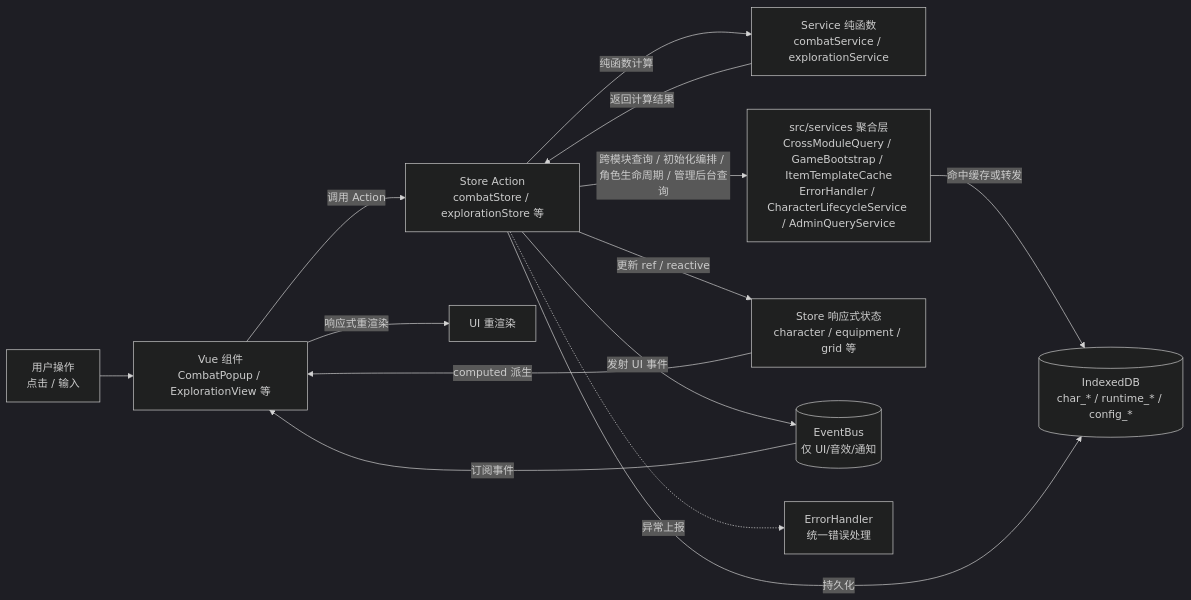
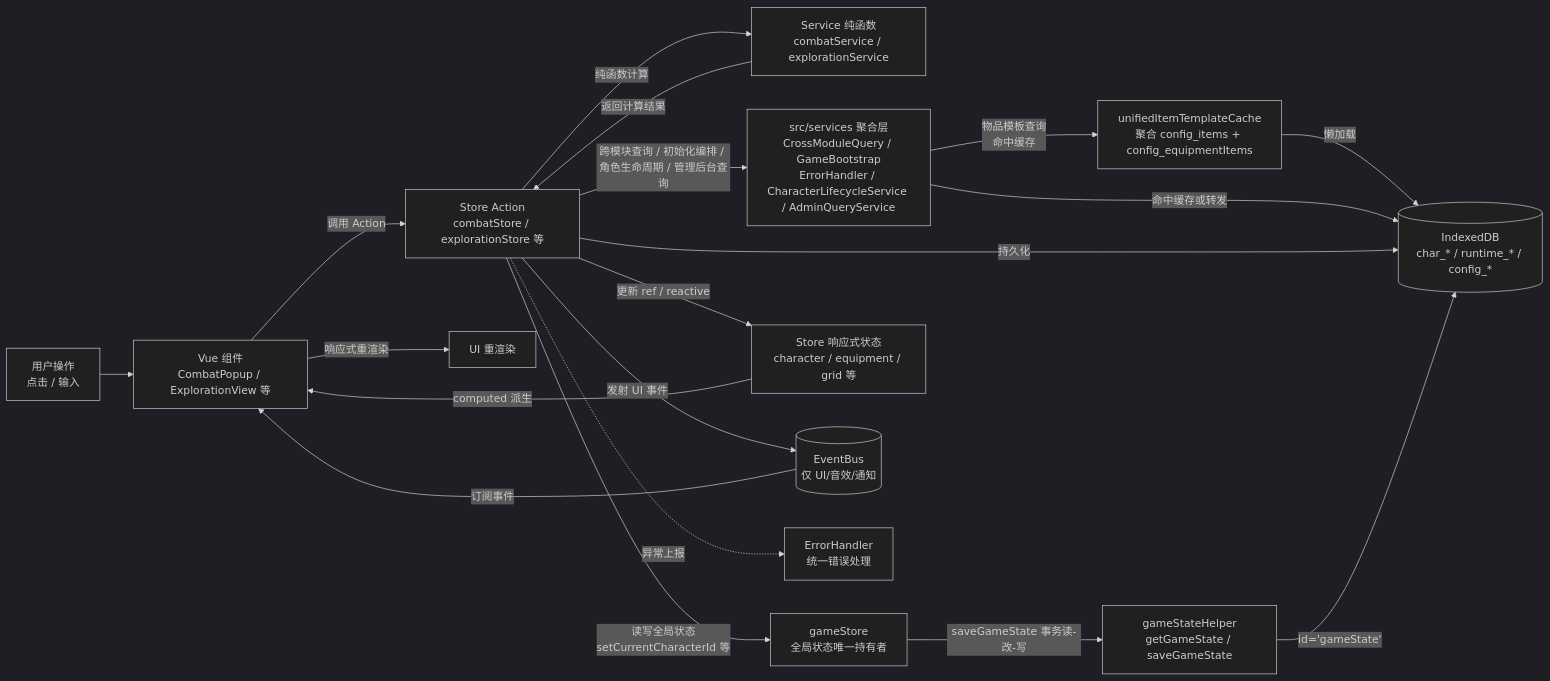
The first of 18 diagrams in doc/project/DATA_FLOW.md (SonDemigods/wow_dnd), drawn with Mermaid (dark theme) before and after one commit. The commit also changed other lines of this file and 55 other files, not shown here.

````diff
--- a/doc/project/DATA_FLOW.md
+++ b/doc/project/DATA_FLOW.md
@@ -28,17 +28,22 @@
 ```mermaid
 flowchart LR
     %% 全局数据流向：用户操作 → UI 重渲染
     User[用户操作<br/>点击 / 输入] --> Component[Vue 组件<br/>CombatPopup / ExplorationView 等]
     Component -->|调用 Action| StoreAction[Store Action<br/>combatStore / explorationStore 等]
     StoreAction -->|纯函数计算| Service[Service 纯函数<br/>combatService / explorationService]
     Service -->|返回计算结果| StoreAction
-    StoreAction -->|跨模块查询 / 初始化编排 / 角色生命周期 / 管理后台查询| ServicesLayer[src/services 聚合层<br/>CrossModuleQuery / GameBootstrap / ItemTemplateCache<br/>ErrorHandler / CharacterLifecycleService / AdminQueryService]
+    StoreAction -->|跨模块查询 / 初始化编排 / 角色生命周期 / 管理后台查询| ServicesLayer[src/services 聚合层<br/>CrossModuleQuery / GameBootstrap<br/>ErrorHandler / CharacterLifecycleService / AdminQueryService]
+    StoreAction -->|读写全局状态<br/>setCurrentCharacterId 等| GameStore[gameStore<br/>全局状态唯一持有者]
+    ServicesLayer -->|物品模板查询<br/>命中缓存| ItemCache[unifiedItemTemplateCache<br/>聚合 config_items + config_equipmentItems]
+    ItemCache -->|懒加载| DB
     ServicesLayer -->|命中缓存或转发| DB
     StoreAction -->|更新 ref / reactive| State[Store 响应式状态<br/>character / equipment / grid 等]
     StoreAction -->|持久化| DB[(IndexedDB<br/>char_* / runtime_* / config_*)]
+    GameStore -->|saveGameState 事务读-改-写| GSH[gameStateHelper<br/>getGameState / saveGameState]
+    GSH -->|id='gameState'| DB
     StoreAction -->|发射 UI 事件| EventBus[(EventBus<br/>仅 UI/音效/通知)]
     StoreAction -.->|异常上报| ErrorHandler[ErrorHandler<br/>统一错误处理]
     EventBus -->|订阅事件| Component
     State -->|computed 派生| Component
     Component -->|响应式重渲染| UI[UI 重渲染]
 ```
````
